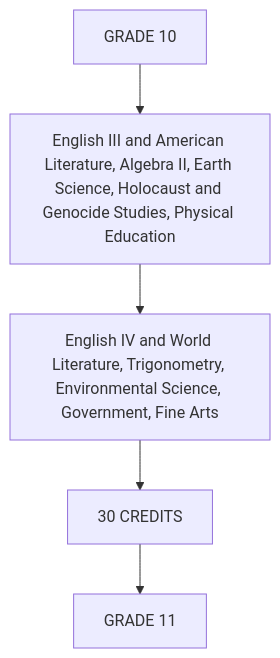
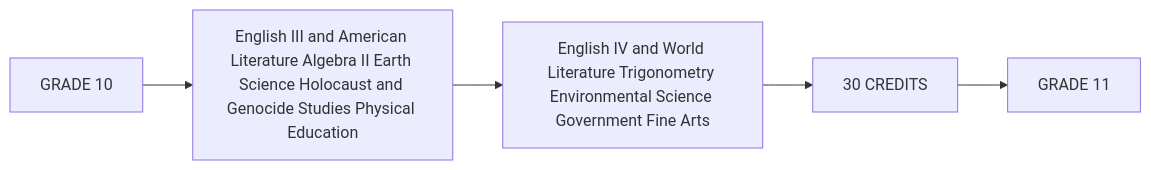
One commit to RIAHPathway/Website-Draft changed the fifth of 29 diagrams in RIAH-PATHWAY-CURRICULUM-STRUCTURE/RIAH-PATHWAY-HIGH-SCHOOL-STRUCTURE/HIGH-SCHOOL-STRUCTURE.md. Above: the diagram before and after it, drawn with Mermaid. The commit also changed other lines of this file, not shown here.

Commit message:
Match High School Mermaid diagrams to repository working syntax

````diff
--- a/RIAH-PATHWAY-CURRICULUM-STRUCTURE/RIAH-PATHWAY-HIGH-SCHOOL-STRUCTURE/HIGH-SCHOOL-STRUCTURE.md
+++ b/RIAH-PATHWAY-CURRICULUM-STRUCTURE/RIAH-PATHWAY-HIGH-SCHOOL-STRUCTURE/HIGH-SCHOOL-STRUCTURE.md
@@ -397,7 +397,7 @@
 ```mermaid
-graph TD;
-    N0["GRADE 10"] --> N1["English III and American Literature, Algebra II, Earth Science, Holocaust and Genocide Studies, Physical Education"];
-    N1["English III and American Literature, Algebra II, Earth Science, Holocaust and Genocide Studies, Physical Education"] --> N2["English IV and World Literature, Trigonometry, Environmental Science, Government, Fine Arts"];
-    N2["English IV and World Literature, Trigonometry, Environmental Science, Government, Fine Arts"] --> N3["30 CREDITS"];
-    N3["30 CREDITS"] --> N4["GRADE 11"];
+graph LR
+    N0["GRADE 10"] --> N1["English III and American Literature Algebra II Earth Science Holocaust and Genocide Studies Physical Education"]
+    N1["English III and American Literature Algebra II Earth Science Holocaust and Genocide Studies Physical Education"] --> N2["English IV and World Literature Trigonometry Environmental Science Government Fine Arts"]
+    N2["English IV and World Literature Trigonometry Environmental Science Government Fine Arts"] --> N3["30 CREDITS"]
+    N3["30 CREDITS"] --> N4["GRADE 11"]
 ```
````
